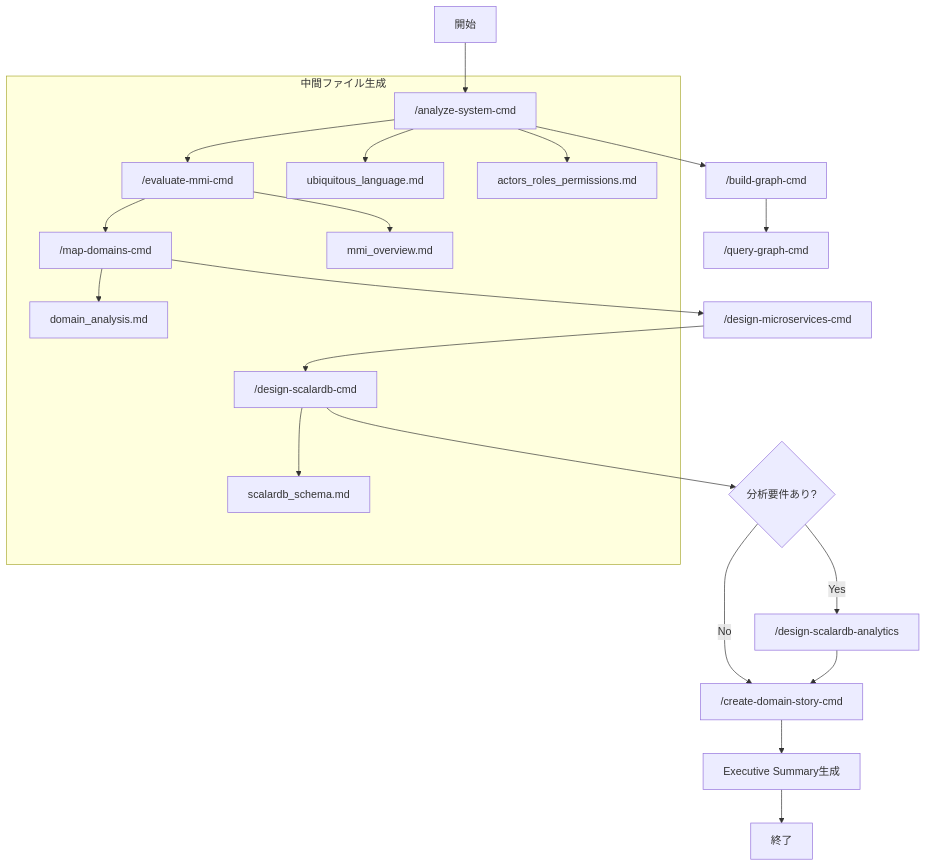
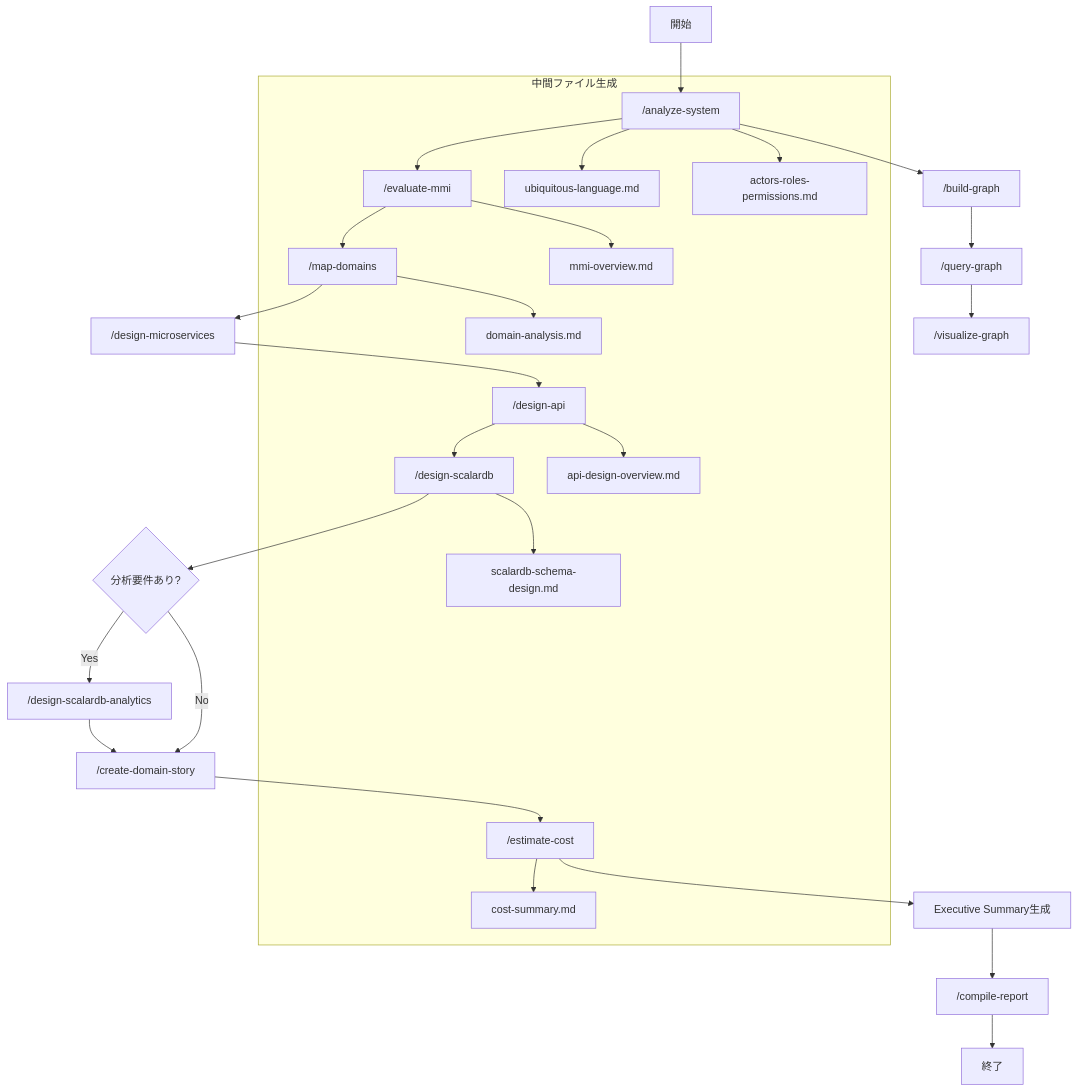
Before and after one commit to wfukatsu/rearchitect-agent: the first of 3 diagrams in README.md, drawn with Mermaid. The commit also changed other lines of this file and 1 other file, not shown here.

````diff
--- a/README.md
+++ b/README.md
@@ -249,24 +306,31 @@
 ```mermaid
 graph TD
-    A[開始] --> B["/analyze-system-cmd"]
-    B --> C["/evaluate-mmi-cmd"]
-    C --> D["/map-domains-cmd"]
-    D --> E["/design-microservices-cmd"]
-    E --> F["/design-scalardb-cmd"]
+    A[開始] --> B["/analyze-system"]
+    B --> C["/evaluate-mmi"]
+    C --> D["/map-domains"]
+    D --> E["/design-microservices"]
+    E --> E2["/design-api"]
+    E2 --> F["/design-scalardb"]
     F --> F2{分析要件あり?}
     F2 -->|Yes| FA["/design-scalardb-analytics"]
-    F2 -->|No| G["/create-domain-story-cmd"]
+    F2 -->|No| G["/create-domain-story"]
     FA --> G
-    G --> H["Executive Summary生成"]
-    H --> I["終了"]
-    B --> J["/build-graph-cmd"]
-    J --> K["/query-graph-cmd"]
+    G --> G2["/estimate-cost"]
+    G2 --> H["Executive Summary生成"]
+    H --> H2["/compile-report"]
+    H2 --> I["終了"]
+
+    B --> J["/build-graph"]
+    J --> K["/query-graph"]
+    K --> L["/visualize-graph"]
 
     subgraph 中間ファイル生成
-        B --> B1[ubiquitous_language.md]
-        B --> B2[actors_roles_permissions.md]
-        C --> C1[mmi_overview.md]
-        D --> D1[domain_analysis.md]
-        F --> F1[scalardb_schema.md]
+        B --> B1[ubiquitous-language.md]
+        B --> B2[actors-roles-permissions.md]
+        C --> C1[mmi-overview.md]
+        D --> D1[domain-analysis.md]
+        E2 --> E3[api-design-overview.md]
+        F --> F1[scalardb-schema-design.md]
+        G2 --> G3[cost-summary.md]
     end
 ```
````
